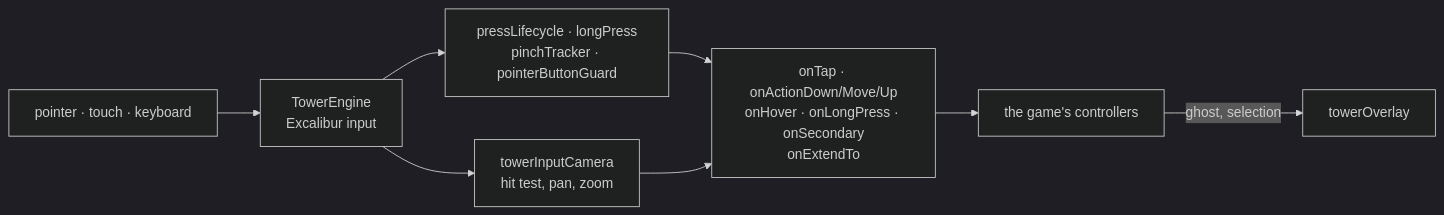
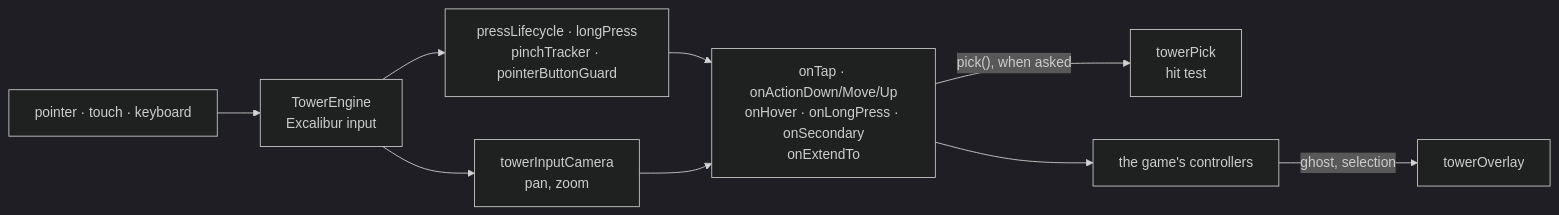
Before and after one commit to Verticopolis/components: the fourth of 8 diagrams in ARCHITECTURE.md, drawn with Mermaid (dark theme). The commit also changed other lines of this file and 9 other files, not shown here.

First line of the commit message:
Pick the entity under the pointer only when a hook asks

````diff
--- a/ARCHITECTURE.md
+++ b/ARCHITECTURE.md
@@ -137,10 +139,11 @@
 ```mermaid
 flowchart LR
     Pointer["pointer · touch · keyboard"] --> TE["TowerEngine<br/>Excalibur input"]
-    TE --> Cam["towerInputCamera<br/>hit test, pan, zoom"]
+    TE --> Cam["towerInputCamera<br/>pan, zoom"]
     TE --> Press["pressLifecycle · longPress<br/>pinchTracker · pointerButtonGuard"]
     Press --> Hooks["onTap · onActionDown/Move/Up<br/>onHover · onLongPress · onSecondary<br/>onExtendTo"]
     Cam --> Hooks
+    Hooks -->|"pick(), when asked"| Pick["towerPick<br/>hit test"]
     Hooks --> Game["the game's controllers"]
     Game -->|"ghost, selection"| Overlay["towerOverlay"]
 ```
````
